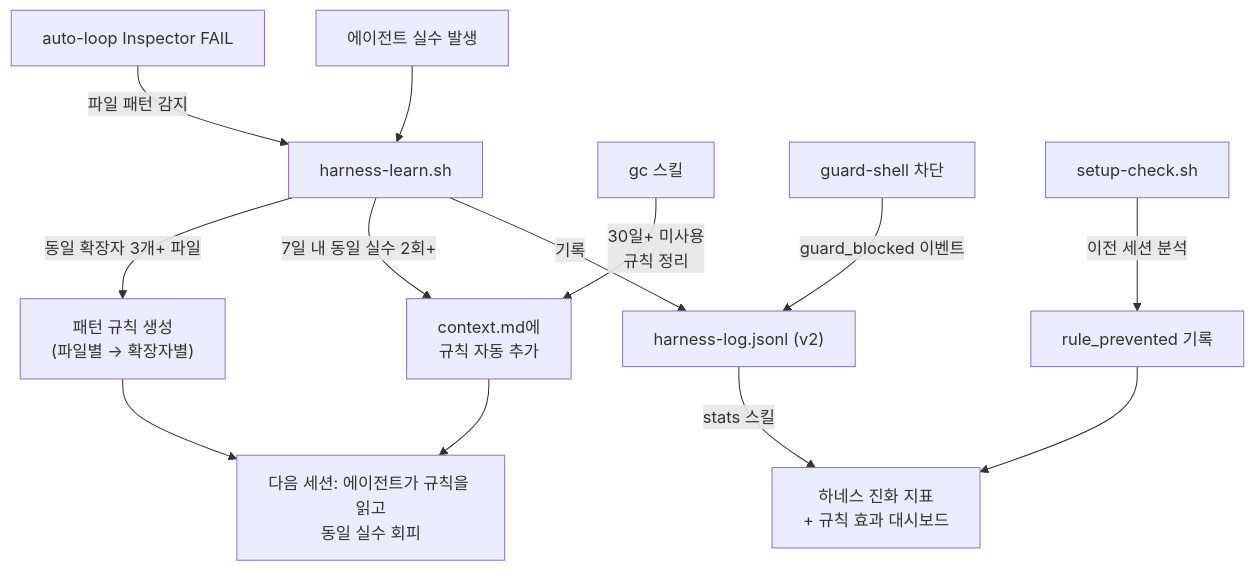
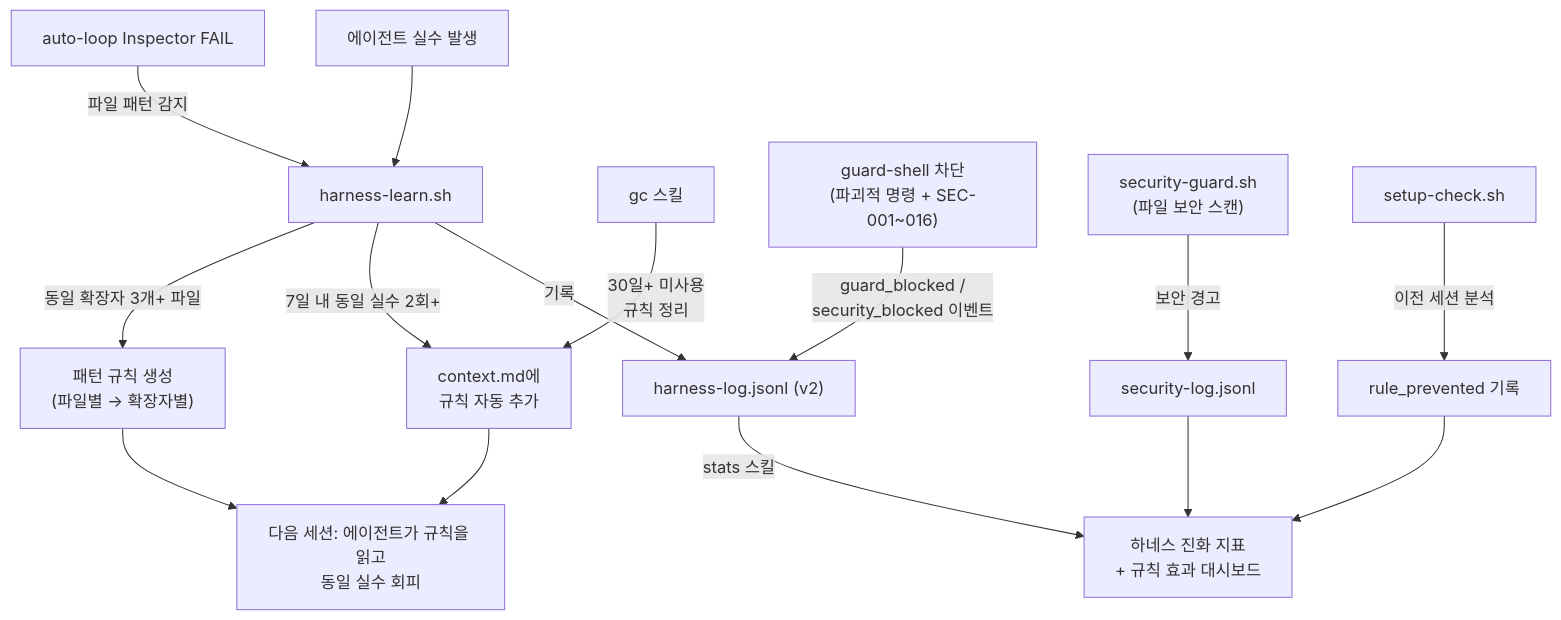
One commit to Jimmy-Jung/ai-symbiote changed the third of 6 diagrams in README.md. Above: the diagram before and after it, drawn with Mermaid. The commit also changed other lines of this file and 3 other files, not shown here.

````diff
--- a/README.md
+++ b/README.md
@@ -79,15 +83,17 @@
 ```mermaid
 flowchart TD
     A["에이전트 실수 발생"] --> B["harness-learn.sh"]
     B -->|"기록"| C["harness-log.jsonl (v2)"]
     B -->|"7일 내 동일 실수 2회+"| D["context.md에<br/>규칙 자동 추가"]
     B -->|"동일 확장자 3개+ 파일"| D2["패턴 규칙 생성<br/>(파일별 → 확장자별)"]
     D --> E["다음 세션: 에이전트가 규칙을 읽고<br/>동일 실수 회피"]
     D2 --> E
     F["gc 스킬"] -->|"30일+ 미사용<br/>규칙 정리"| D
     C -->|"stats 스킬"| G["하네스 진화 지표<br/>+ 규칙 효과 대시보드"]
     H["auto-loop Inspector FAIL"] -->|"파일 패턴 감지"| B
-    I["guard-shell 차단"] -->|"guard_blocked 이벤트"| C
+    I["guard-shell 차단<br/>(파괴적 명령 + SEC-001~016)"] -->|"guard_blocked /<br/>security_blocked 이벤트"| C
+    I2["security-guard.sh<br/>(파일 보안 스캔)"] -->|"보안 경고"| L["security-log.jsonl"]
+    L --> G
     J["setup-check.sh"] -->|"이전 세션 분석"| K["rule_prevented 기록"]
     K --> G
 ```
````
